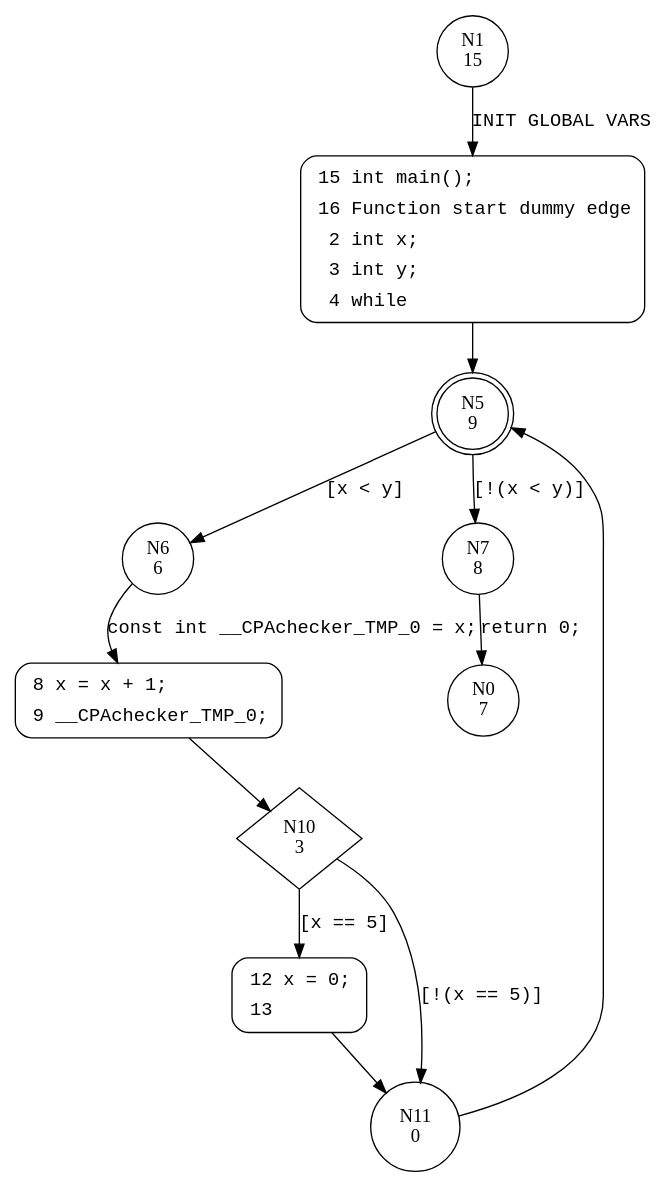
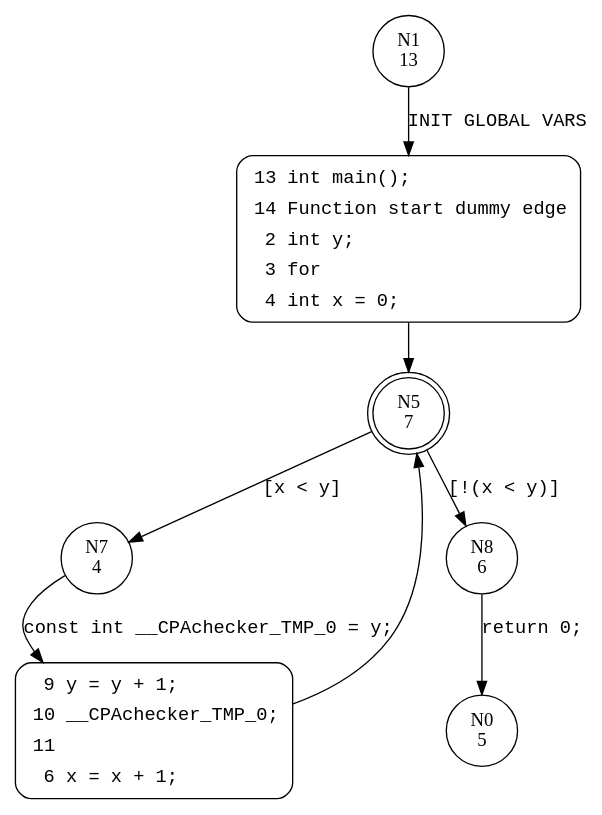
One commit to sosy-lab/cpachecker changed the diagram in bin/output/cfa/cfa__main.dot. Above: the diagram before and after it, drawn with Graphviz. The commit also changed 19 other files, not shown here.

```diff
--- a/bin/output/cfa/cfa__main.dot
+++ b/bin/output/cfa/cfa__main.dot
@@ -1,26 +1,18 @@
 digraph main {
-1 [shape="circle" label="N1\n15"]
-15 [shape="circle" label="N15\n14"]
-5 [shape="doublecircle" label="N5\n9"]
-6 [shape="circle" label="N6\n6"]
-7 [shape="circle" label="N7\n8"]
-8 [shape="circle" label="N8\n5"]
-10 [shape="diamond" label="N10\n3"]
-12 [shape="circle" label="N12\n2"]
-11 [shape="circle" label="N11\n0"]
-0 [shape="circle" label="N0\n7"]
-15 [style="filled,bold" penwidth="1" fillcolor="white" fontname="Courier New" shape="Mrecord" label=<<table border="0" cellborder="0" cellpadding="3" bgcolor="white"><tr><td align="right">15</td><td align="left">int main();</td></tr><tr><td align="right">16</td><td align="left">Function start dummy edge</td></tr><tr><td align="right">2</td><td align="left">int x;</td></tr><tr><td align="right">3</td><td align="left">int y;</td></tr><tr><td align="right">4</td><td align="left">while</td></tr></table>>]
-15 -> 5[label=""]
-8 [style="filled,bold" penwidth="1" fillcolor="white" fontname="Courier New" shape="Mrecord" label=<<table border="0" cellborder="0" cellpadding="3" bgcolor="white"><tr><td align="right">8</td><td align="left">x = x + 1;</td></tr><tr><td align="right">9</td><td align="left">__CPAchecker_TMP_0;</td></tr></table>>]
-8 -> 10[label=""]
-12 [style="filled,bold" penwidth="1" fillcolor="white" fontname="Courier New" shape="Mrecord" label=<<table border="0" cellborder="0" cellpadding="3" bgcolor="white"><tr><td align="right">12</td><td align="left">x = 0;</td></tr><tr><td align="right">13</td><td align="left"></td></tr></table>>]
-12 -> 11[label=""]
-1 -> 15 [label="INIT GLOBAL VARS" fontname="Courier New"]
-5 -> 6 [label="[x < y]" fontname="Courier New"]
-5 -> 7 [label="[!(x < y)]" fontname="Courier New"]
-6 -> 8 [label="const int __CPAchecker_TMP_0 = x;" fontname="Courier New"]
-10 -> 12 [label="[x == 5]" fontname="Courier New"]
-10 -> 11 [label="[!(x == 5)]" fontname="Courier New"]
-11 -> 5 [label="" fontname="Courier New"]
-7 -> 0 [label="return 0;" fontname="Courier New"]
+1 [shape="circle" label="N1\n13"]
+13 [shape="circle" label="N13\n12"]
+5 [shape="doublecircle" label="N5\n7"]
+7 [shape="circle" label="N7\n4"]
+8 [shape="circle" label="N8\n6"]
+9 [shape="circle" label="N9\n3"]
+0 [shape="circle" label="N0\n5"]
+13 [style="filled,bold" penwidth="1" fillcolor="white" fontname="Courier New" shape="Mrecord" label=<<table border="0" cellborder="0" cellpadding="3" bgcolor="white"><tr><td align="right">13</td><td align="left">int main();</td></tr><tr><td align="right">14</td><td align="left">Function start dummy edge</td></tr><tr><td align="right">2</td><td align="left">int y;</td></tr><tr><td align="right">3</td><td align="left">for</td></tr><tr><td align="right">4</td><td align="left">int x = 0;</td></tr></table>>]
+13 -> 5[label=""]
+9 [style="filled,bold" penwidth="1" fillcolor="white" fontname="Courier New" shape="Mrecord" label=<<table border="0" cellborder="0" cellpadding="3" bgcolor="white"><tr><td align="right">9</td><td align="left">y = y + 1;</td></tr><tr><td align="right">10</td><td align="left">__CPAchecker_TMP_0;</td></tr><tr><td align="right">11</td><td align="left"></td></tr><tr><td align="right">6</td><td align="left">x = x + 1;</td></tr></table>>]
+9 -> 5[label=""]
+1 -> 13 [label="INIT GLOBAL VARS" fontname="Courier New"]
+5 -> 7 [label="[x < y]" fontname="Courier New"]
+5 -> 8 [label="[!(x < y)]" fontname="Courier New"]
+7 -> 9 [label="const int __CPAchecker_TMP_0 = y;" fontname="Courier New"]
+8 -> 0 [label="return 0;" fontname="Courier New"]
 }
```
